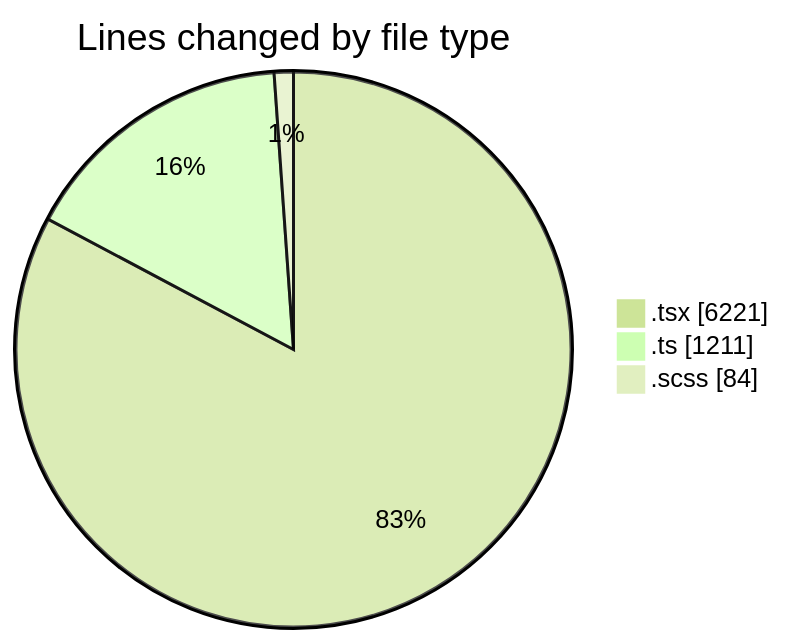
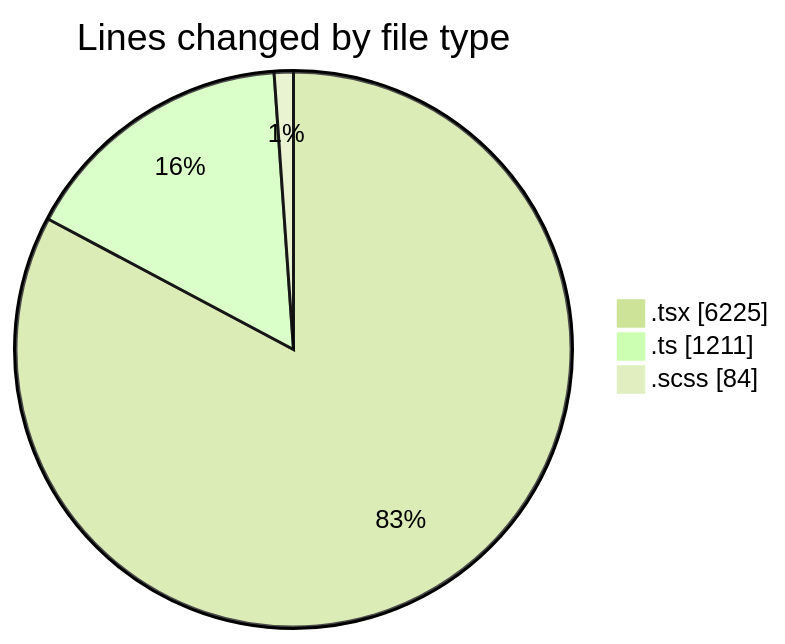
One commit to momahboobian/code-tracking changed the first of 2 diagrams in 2025-07-02/cda/README.md. Above: the diagram before and after it, drawn with Mermaid (forest theme). The commit also changed other lines of this file and 1 other file, not shown here.

````diff
--- a/2025-07-02/cda/README.md
+++ b/2025-07-02/cda/README.md
@@ -38,7 +38,7 @@
 ```mermaid
 pie showData
 title Lines changed by file type
-".tsx" : 6221
+".tsx" : 6225
 ".ts" : 1211
 ".scss" : 84
 ```
````
